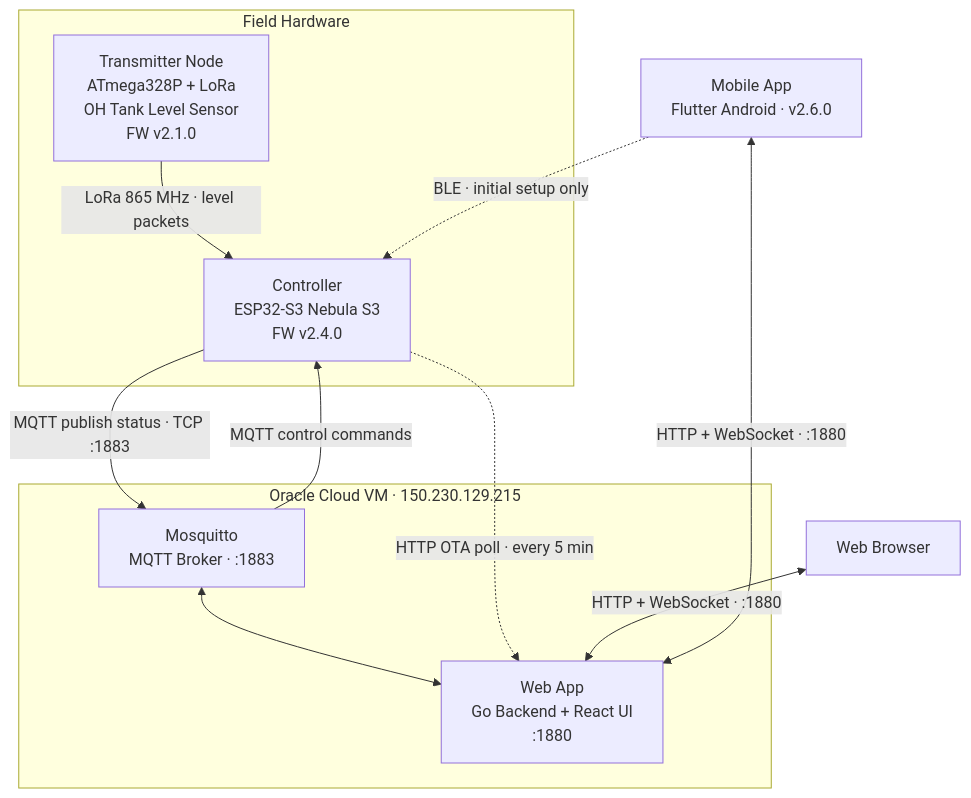
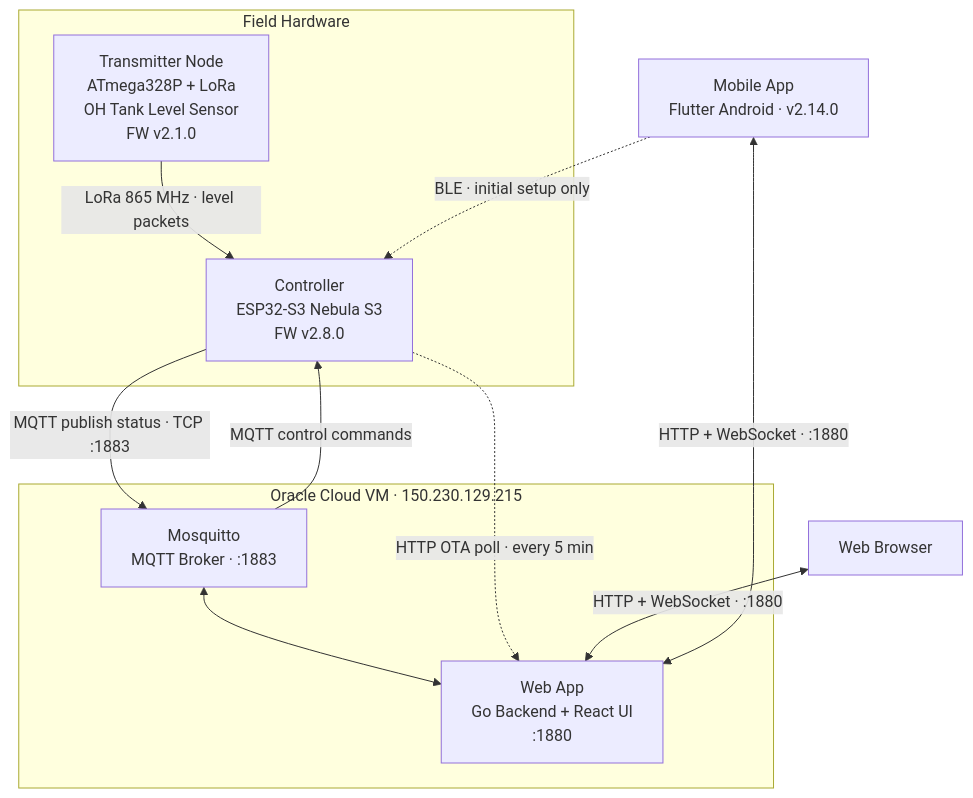
Before and after one commit to nperiannan/TankMonitor: the first of 2 diagrams in README.md, drawn with Mermaid. The commit also changed other lines of this file and 13 other files, not shown here.

First line of the commit message:
controller 2.8.0 / web 2.5.0 / app 2.14.0 - streamline MQTT traffic for metered mobile-data links

````diff
--- a/README.md
+++ b/README.md
@@ -9,25 +9,25 @@
 ```mermaid
 flowchart TD
     subgraph Field["Field Hardware"]
         TX["Transmitter Node\nATmega328P + LoRa\nOH Tank Level Sensor\nFW v2.1.0"]
-        CTRL["Controller\nESP32-S3 Nebula S3\nFW v2.4.0"]
+        CTRL["Controller\nESP32-S3 Nebula S3\nFW v2.8.0"]
         TX -- "LoRa 865 MHz · level packets" --> CTRL
     end
 
     subgraph Server["Oracle Cloud VM · 150.230.129.215"]
         MQ["Mosquitto\nMQTT Broker · :1883"]
         WEB["Web App\nGo Backend + React UI\n:1880"]
         MQ <--> WEB
     end
 
     CTRL -- "MQTT publish status · TCP :1883" --> MQ
     MQ -- "MQTT control commands" --> CTRL
     CTRL -. "HTTP OTA poll · every 5 min" .-> WEB
 
     BROWSER["Web Browser"]
-    APP["Mobile App\nFlutter Android · v2.6.0"]
+    APP["Mobile App\nFlutter Android · v2.14.0"]
 
     BROWSER <-- "HTTP + WebSocket · :1880" --> WEB
     APP <-- "HTTP + WebSocket · :1880" --> WEB
     APP -. "BLE · initial setup only" .-> CTRL
 ```
````
